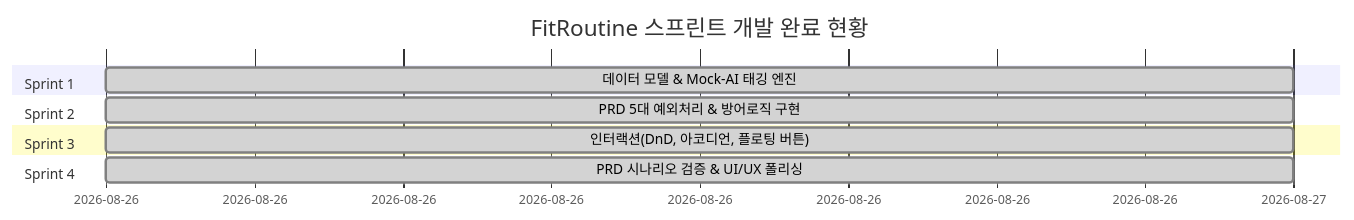
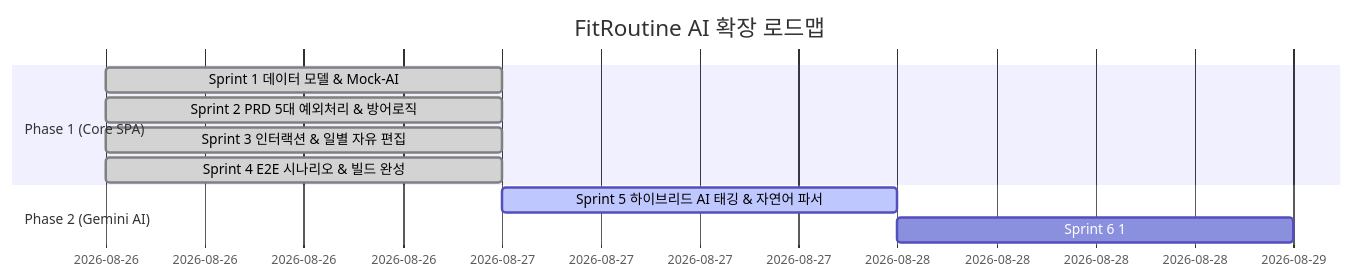
The diagram in docs/roadmap.md (juyour/fit-routine), drawn with Mermaid before and after one commit. The commit also changed other lines of this file and 13 other files, not shown here.

Commit message:
feat(sprint-5): Google Gemini AI 연동 및 하이브리드 자동 태깅 & 자연어 빠른 기록 구현

````diff
--- a/docs/roadmap.md
+++ b/docs/roadmap.md
@@ -9,13 +9,13 @@
 ```mermaid
 gantt
-    title FitRoutine 스프린트 개발 완료 현황
+    title FitRoutine AI 확장 로드맵
     dateFormat  YYYY-MM-DD
-    section Sprint 1
-    데이터 모델 & Mock-AI 태깅 엔진       :done, s1, 2026-08-26, 1d
-    section Sprint 2
-    PRD 5대 예외처리 & 방어로직 구현       :done, s2, 2026-08-26, 1d
-    section Sprint 3
-    인터랙션(DnD, 아코디언, 플로팅 버튼) :done, s3, 2026-08-26, 1d
-    section Sprint 4
-    PRD 시나리오 검증 & UI/UX 폴리싱      :done, s4, 2026-08-26, 1d
+    section Phase 1 (Core SPA)
+    Sprint 1 데이터 모델 & Mock-AI          :done, s1, 2026-08-26, 1d
+    Sprint 2 PRD 5대 예외처리 & 방어로직    :done, s2, 2026-08-26, 1d
+    Sprint 3 인터랙션 & 일별 자유 편집       :done, s3, 2026-08-26, 1d
+    Sprint 4 E2E 시나리오 & 빌드 완성       :done, s4, 2026-08-26, 1d
+    section Phase 2 (Gemini AI)
+    Sprint 5 하이브리드 AI 태깅 & 자연어 파서:active, s5, 2026-08-27, 1d
+    Sprint 6 1:1 맞춤형 AI 루틴 코칭 & 추천 :s6, after s5, 1d
 ```
````
